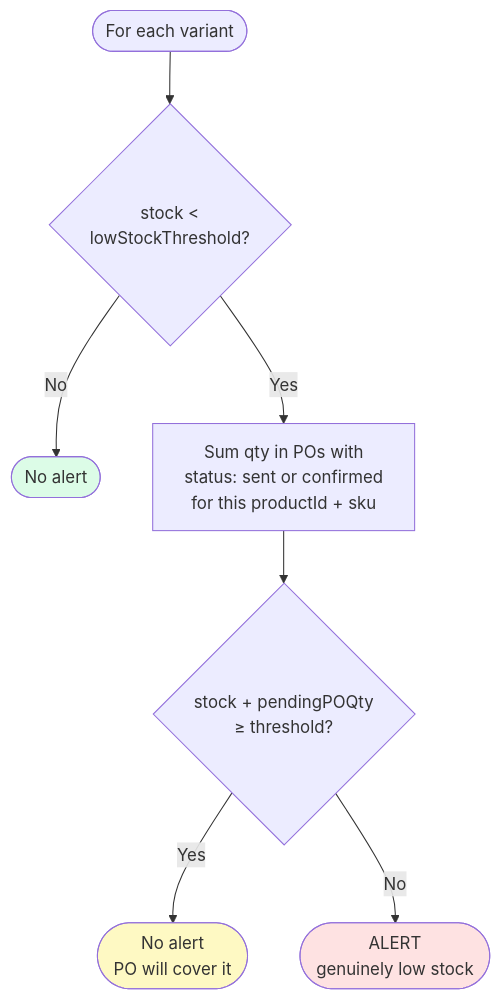
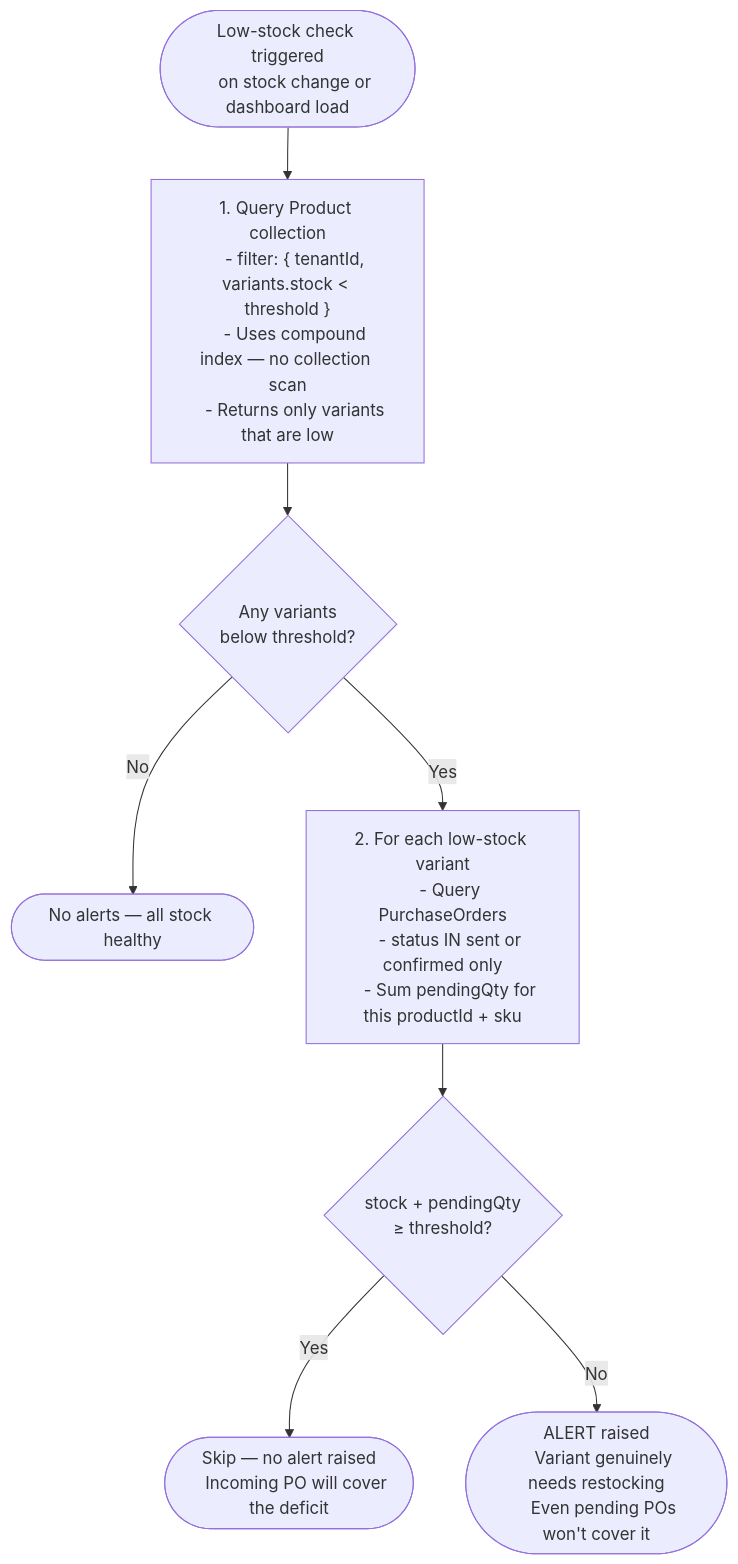
One commit to arnabbhakta791/inventory-management-system changed the seventh of 7 diagrams in ARCHITECTURE.md. Above: the diagram before and after it, drawn with Mermaid. The commit also changed other lines of this file, not shown here.

First line of the commit message:
docs: rewrite flowcharts with numbered steps and descriptive sub-points

````diff
--- a/ARCHITECTURE.md
+++ b/ARCHITECTURE.md
@@ -216,13 +280,29 @@
 ```mermaid
 flowchart TD
-    A([For each variant]) --> B{stock <\nlowStockThreshold?}
-    B -- No --> C([No alert])
-    B -- Yes --> D["Sum qty in POs with\nstatus: sent or confirmed\nfor this productId + sku"]
-    D --> E{stock + pendingPOQty\n≥ threshold?}
-    E -- Yes --> F([No alert\nPO will cover it])
-    E -- No --> G([ALERT\ngenuinely low stock])
+    Start(["Low-stock check triggered
+    on stock change or dashboard load"])
+    Start --> A
 
-    style C fill:#dcfce7
-    style F fill:#fef9c3
-    style G fill:#fee2e2
+    A["1. Query Product collection
+    - filter: { tenantId, variants.stock < threshold }
+    - Uses compound index — no collection scan
+    - Returns only variants that are low"]
+
+    A --> B{Any variants\nbelow threshold?}
+    B -- No --> Z(["No alerts — all stock healthy"])
+    B -- Yes --> C
+
+    C["2. For each low-stock variant
+    - Query PurchaseOrders
+    - status IN sent or confirmed only
+    - Sum pendingQty for this productId + sku"]
+
+    C --> D{stock + pendingQty\n≥ threshold?}
+
+    D -- Yes --> Skip(["Skip — no alert raised
+    Incoming PO will cover the deficit"])
+
+    D -- No --> Alert(["ALERT raised
+    Variant genuinely needs restocking
+    Even pending POs won't cover it"])
 ```
````
